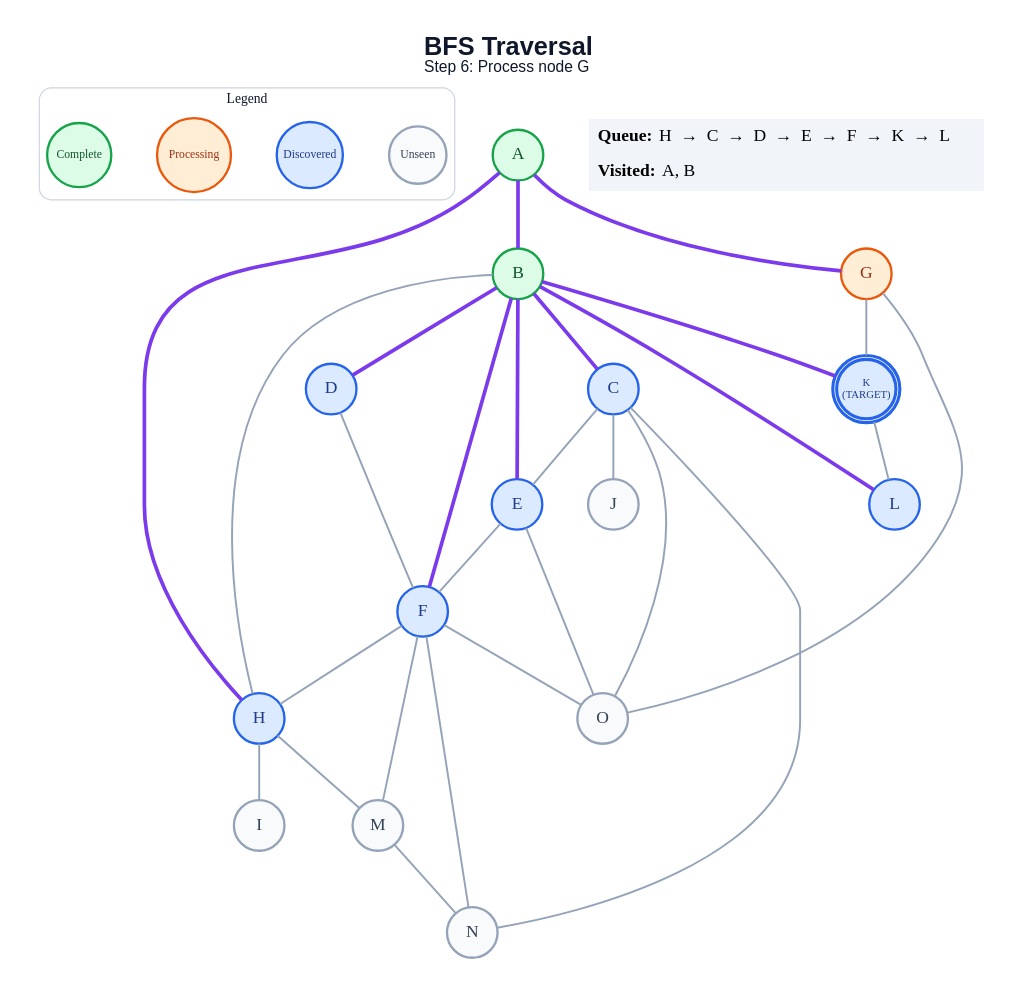
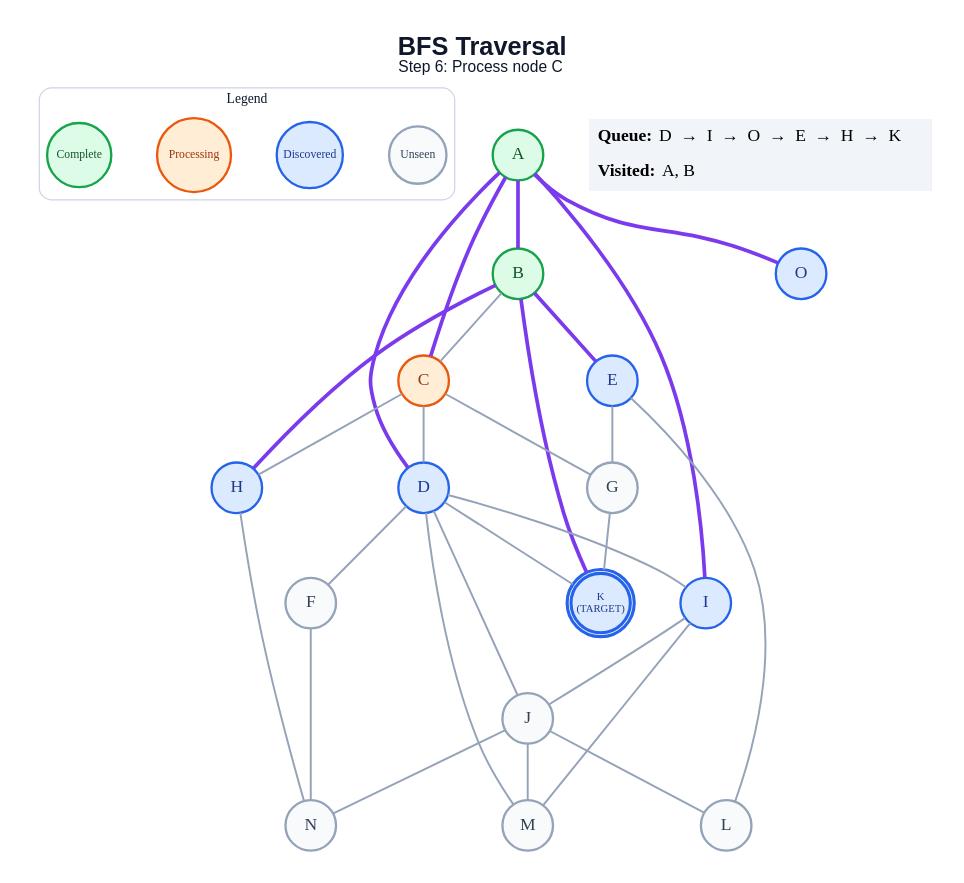
The diagram in generated/bfs/step_06.dot (anon7238593-create/ai-slop), drawn with Graphviz before and after one commit. The commit also changed 217 other files, not shown here.

```diff
--- a/generated/bfs/step_06.dot
+++ b/generated/bfs/step_06.dot
@@ -1,61 +1,61 @@
 graph traversal {
   graph [layout=dot, rankdir=TB, bgcolor="#FFFFFF", pad="0.35", nodesep="0.65", ranksep="0.8", fontname="Arial"];
   node [shape=circle, style="filled", fontname="Arial Bold", fontsize=18, width=0.72, fixedsize=true, penwidth=2.4];
   edge [color="#94A3B8", penwidth=2.0];
-  label=<<B>BFS Traversal</B><BR/><FONT POINT-SIZE="16">Step 6: Process node G</FONT>>; labelloc="t"; fontsize=26; fontname="Arial"; fontcolor="#0F172A";
+  label=<<B>BFS Traversal</B><BR/><FONT POINT-SIZE="16">Step 6: Process node C</FONT>>; labelloc="t"; fontsize=26; fontname="Arial"; fontcolor="#0F172A";
   subgraph cluster_legend { label="Legend"; color="#CBD5E1"; penwidth=1.2; style="rounded"; fontsize=14; fontname="Arial Bold";
     key_unseen [label="Unseen", fillcolor="#F8FAFC", color="#94A3B8", fontcolor="#334155", fontsize=12, width=0.82];
     key_frontier [label="Discovered", fillcolor="#DBEAFE", color="#2563EB", fontcolor="#1E3A8A", fontsize=12, width=0.95];
     key_current [label="Processing", fillcolor="#FFEDD5", color="#EA580C", fontcolor="#9A3412", fontsize=12, width=1.05];
     key_done [label="Complete", fillcolor="#DCFCE7", color="#16A34A", fontcolor="#14532D", fontsize=12, width=0.92];
     { rank=same; key_unseen; key_frontier; key_current; key_done; }
   }
   A [label="A", fillcolor="#DCFCE7", color="#16A34A", fontcolor="#14532D", peripheries=1, penwidth=2.4];
   B [label="B", fillcolor="#DCFCE7", color="#16A34A", fontcolor="#14532D", peripheries=1, penwidth=2.4];
-  C [label="C", fillcolor="#DBEAFE", color="#2563EB", fontcolor="#1E3A8A", peripheries=1, penwidth=2.4];
+  C [label="C", fillcolor="#FFEDD5", color="#EA580C", fontcolor="#9A3412", peripheries=1, penwidth=2.4];
   D [label="D", fillcolor="#DBEAFE", color="#2563EB", fontcolor="#1E3A8A", peripheries=1, penwidth=2.4];
   E [label="E", fillcolor="#DBEAFE", color="#2563EB", fontcolor="#1E3A8A", peripheries=1, penwidth=2.4];
-  F [label="F", fillcolor="#DBEAFE", color="#2563EB", fontcolor="#1E3A8A", peripheries=1, penwidth=2.4];
-  G [label="G", fillcolor="#FFEDD5", color="#EA580C", fontcolor="#9A3412", peripheries=1, penwidth=2.4];
+  F [label="F", fillcolor="#F8FAFC", color="#94A3B8", fontcolor="#334155", peripheries=1, penwidth=2.4];
+  G [label="G", fillcolor="#F8FAFC", color="#94A3B8", fontcolor="#334155", peripheries=1, penwidth=2.4];
   H [label="H", fillcolor="#DBEAFE", color="#2563EB", fontcolor="#1E3A8A", peripheries=1, penwidth=2.4];
-  I [label="I", fillcolor="#F8FAFC", color="#94A3B8", fontcolor="#334155", peripheries=1, penwidth=2.4];
+  I [label="I", fillcolor="#DBEAFE", color="#2563EB", fontcolor="#1E3A8A", peripheries=1, penwidth=2.4];
   J [label="J", fillcolor="#F8FAFC", color="#94A3B8", fontcolor="#334155", peripheries=1, penwidth=2.4];
   K [label="K\n(TARGET)", fillcolor="#DBEAFE", color="#2563EB", fontcolor="#1E3A8A", peripheries=2, penwidth=3.2, fontsize=11, width=0.85, height=0.85];
-  L [label="L", fillcolor="#DBEAFE", color="#2563EB", fontcolor="#1E3A8A", peripheries=1, penwidth=2.4];
+  L [label="L", fillcolor="#F8FAFC", color="#94A3B8", fontcolor="#334155", peripheries=1, penwidth=2.4];
   M [label="M", fillcolor="#F8FAFC", color="#94A3B8", fontcolor="#334155", peripheries=1, penwidth=2.4];
   N [label="N", fillcolor="#F8FAFC", color="#94A3B8", fontcolor="#334155", peripheries=1, penwidth=2.4];
-  O [label="O", fillcolor="#F8FAFC", color="#94A3B8", fontcolor="#334155", peripheries=1, penwidth=2.4];
+  O [label="O", fillcolor="#DBEAFE", color="#2563EB", fontcolor="#1E3A8A", peripheries=1, penwidth=2.4];
   A -- B [color="#7C3AED", penwidth=3.8];
-  A -- G [color="#7C3AED", penwidth=3.8];
-  A -- H [color="#7C3AED", penwidth=3.8];
-  B -- C [color="#7C3AED", penwidth=3.8];
-  B -- D [color="#7C3AED", penwidth=3.8];
+  A -- C [color="#7C3AED", penwidth=3.8];
+  A -- D [color="#7C3AED", penwidth=3.8];
+  A -- I [color="#7C3AED", penwidth=3.8];
+  A -- O [color="#7C3AED", penwidth=3.8];
+  B -- C;
   B -- E [color="#7C3AED", penwidth=3.8];
-  B -- F [color="#7C3AED", penwidth=3.8];
-  B -- H;
+  B -- H [color="#7C3AED", penwidth=3.8];
   B -- K [color="#7C3AED", penwidth=3.8];
-  B -- L [color="#7C3AED", penwidth=3.8];
-  C -- E;
-  C -- J;
-  C -- N;
-  C -- O;
+  C -- D;
+  C -- G;
+  C -- H;
   D -- F;
-  E -- F;
-  E -- O;
-  F -- H;
-  F -- M;
+  D -- I;
+  D -- J;
+  D -- K;
+  D -- M;
+  E -- G;
+  E -- L;
   F -- N;
-  F -- O;
   G -- K;
-  G -- O;
-  H -- I;
-  H -- M;
-  K -- L;
-  M -- N;
+  H -- N;
+  I -- J;
+  I -- M;
+  J -- L;
+  J -- M;
+  J -- N;
   status [shape=plain, fixedsize=false, width=0, height=0, margin=0, label=<
     <TABLE BORDER="0" CELLBORDER="0" CELLPADDING="7" BGCOLOR="#F1F5F9">
-      <TR><TD ALIGN="LEFT"><B>Queue:</B> H  →  C  →  D  →  E  →  F  →  K  →  L</TD></TR>
+      <TR><TD ALIGN="LEFT"><B>Queue:</B> D  →  I  →  O  →  E  →  H  →  K</TD></TR>
       <TR><TD ALIGN="LEFT"><B>Visited:</B> A, B</TD></TR>
     </TABLE>
   >];
 }
```
